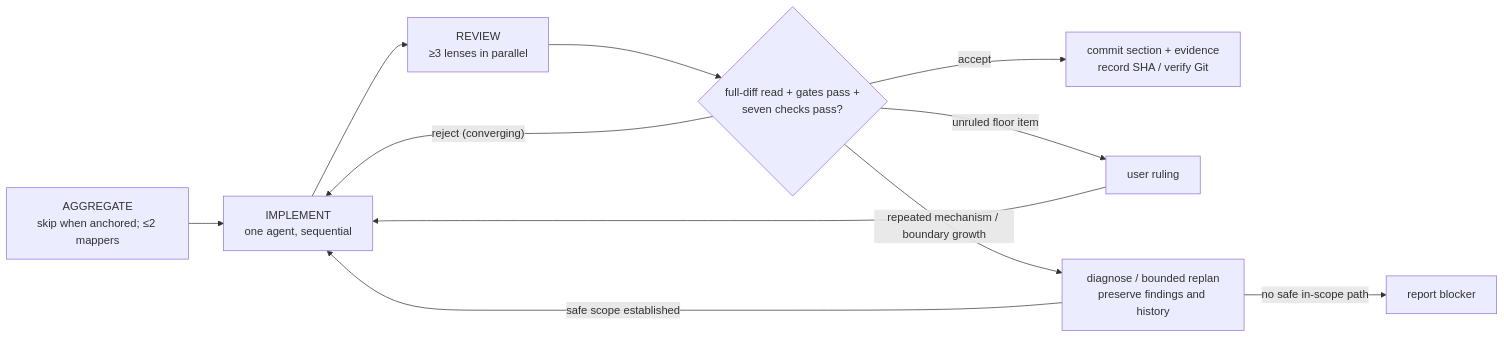
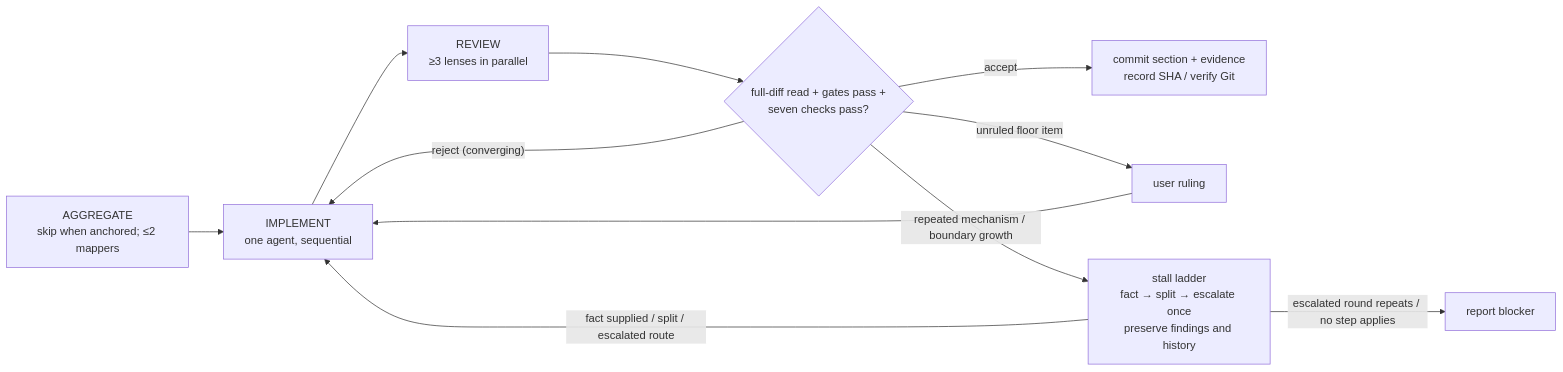
Before and after one commit to carboni123/goal-driven-implementation: the first of 2 diagrams in skills/goal-driven-implementation/assets/plan-template.md, drawn with Mermaid. The commit also changed other lines of this file and 7 other files, not shown here.

First line of the commit message:
feat(skill): stall ladder with one implementer escalation per section

````diff
--- a/skills/goal-driven-implementation/assets/plan-template.md
+++ b/skills/goal-driven-implementation/assets/plan-template.md
@@ -160,13 +160,13 @@
 ```mermaid
 flowchart LR
   AGG["AGGREGATE<br>skip when anchored; ≤2 mappers"] --> IMPL["IMPLEMENT<br>one agent, sequential"]
   IMPL --> REV["REVIEW<br>≥3 lenses in parallel"]
   REV --> GATE{"full-diff read + gates pass +<br>seven checks pass?"}
   GATE -- "reject (converging)" --> IMPL
   GATE -- accept --> COMMIT["commit section + evidence<br>record SHA / verify Git"]
   GATE -- "unruled floor item" --> USER["user ruling"]
-  GATE -- "repeated mechanism / boundary growth" --> REPLAN["diagnose / bounded replan<br>preserve findings and history"]
+  GATE -- "repeated mechanism / boundary growth" --> LADDER["stall ladder<br>fact → split → escalate once<br>preserve findings and history"]
   USER --> IMPL
-  REPLAN -- "safe scope established" --> IMPL
-  REPLAN -- "no safe in-scope path" --> STOP["report blocker"]
+  LADDER -- "fact supplied / split / escalated route" --> IMPL
+  LADDER -- "escalated round repeats / no step applies" --> STOP["report blocker"]
 ```
````
